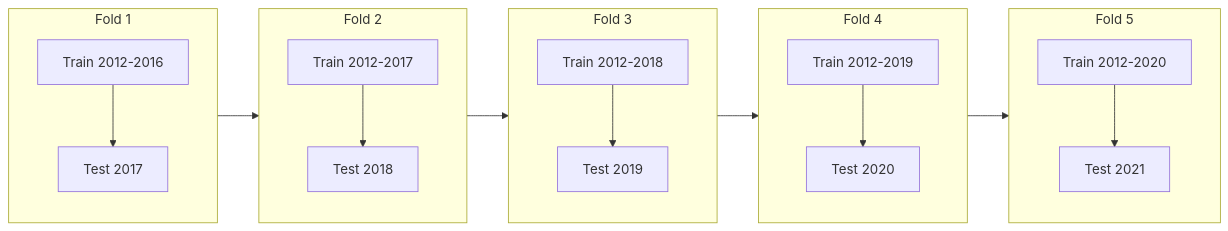
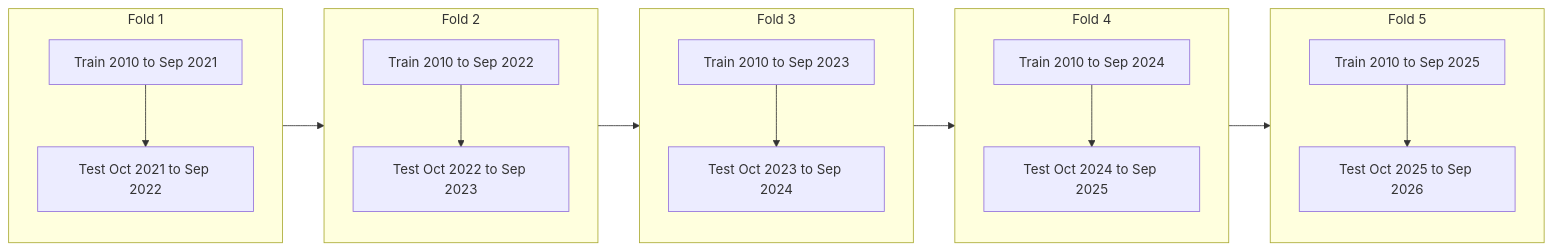
The second of 3 diagrams in sessions/12-time-series/theory/03-lag-features-and-backtesting.md (khoadaniel/statistical-programming-mpmd-htw-ws-2026), drawn with Mermaid before and after one commit. The commit also changed other lines of this file and 268 other files, not shown here.

````diff
--- a/sessions/12-time-series/theory/03-lag-features-and-backtesting.md
+++ b/sessions/12-time-series/theory/03-lag-features-and-backtesting.md
@@ -90,19 +91,19 @@
 ```mermaid
 flowchart LR
     subgraph F1["Fold 1"]
-        A1["Train 2012-2016"] --> B1["Test 2017"]
+        A1["Train 2010 to Sep 2021"] --> B1["Test Oct 2021 to Sep 2022"]
     end
     subgraph F2["Fold 2"]
-        A2["Train 2012-2017"] --> B2["Test 2018"]
+        A2["Train 2010 to Sep 2022"] --> B2["Test Oct 2022 to Sep 2023"]
     end
     subgraph F3["Fold 3"]
-        A3["Train 2012-2018"] --> B3["Test 2019"]
+        A3["Train 2010 to Sep 2023"] --> B3["Test Oct 2023 to Sep 2024"]
     end
     subgraph F4["Fold 4"]
-        A4["Train 2012-2019"] --> B4["Test 2020"]
+        A4["Train 2010 to Sep 2024"] --> B4["Test Oct 2024 to Sep 2025"]
     end
     subgraph F5["Fold 5"]
-        A5["Train 2012-2020"] --> B5["Test 2021"]
+        A5["Train 2010 to Sep 2025"] --> B5["Test Oct 2025 to Sep 2026"]
     end
     F1 --> F2 --> F3 --> F4 --> F5
 ```
````
